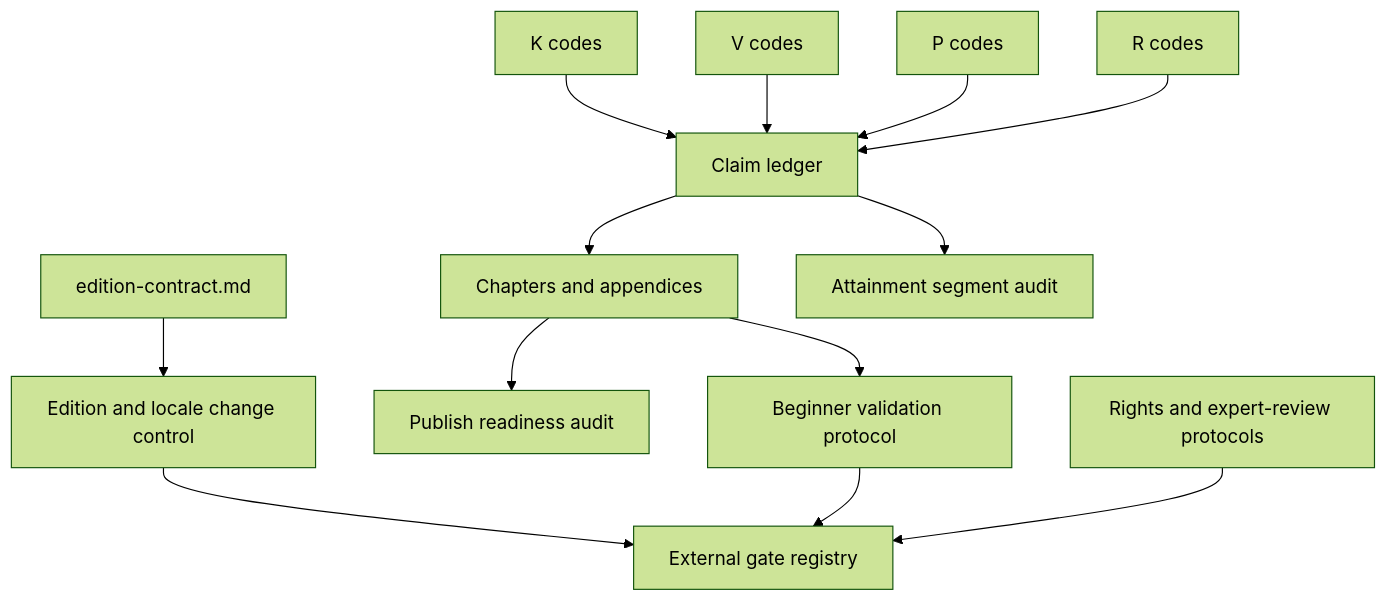
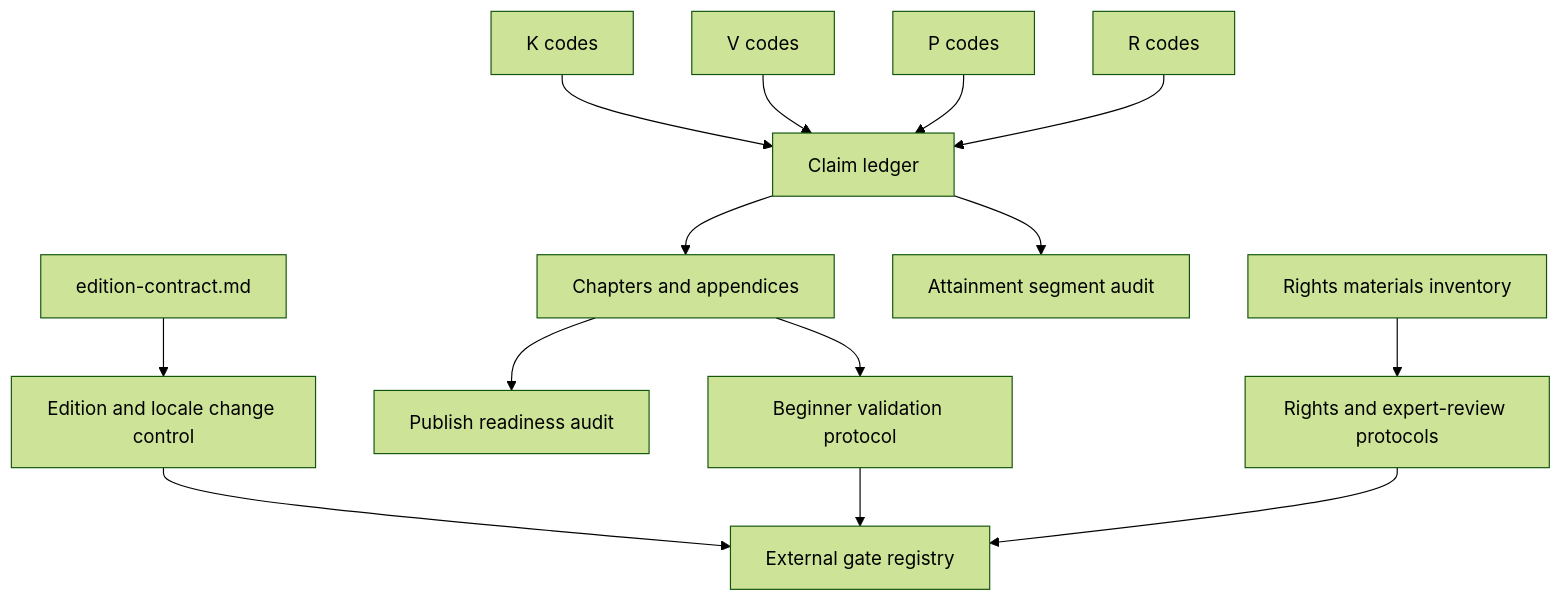
One commit to streamentry/streamentry changed the second of 3 diagrams in book/references/AGENTS.md. Above: the diagram before and after it, drawn with Mermaid (forest theme). The commit also changed other lines of this file and 22 other files, not shown here.

````diff
--- a/book/references/AGENTS.md
+++ b/book/references/AGENTS.md
@@ -57,15 +58,16 @@
 ```mermaid
 flowchart TB
   D["edition-contract.md"] --> E["Edition and locale change control"]
   K["K codes"] --> L["Claim ledger"]
   V["V codes"] --> L
   P["P codes"] --> L
   R["R codes"] --> L
   L --> C["Chapters and appendices"]
   L --> A["Attainment segment audit"]
   C --> Q["Publish readiness audit"]
   C --> U["Beginner validation protocol"]
-  X["Rights and expert-review protocols"] --> G["External gate registry"]
+  I["Rights materials inventory"] --> X["Rights and expert-review protocols"]
+  X --> G["External gate registry"]
   E --> G
   U --> G
 ```
````
